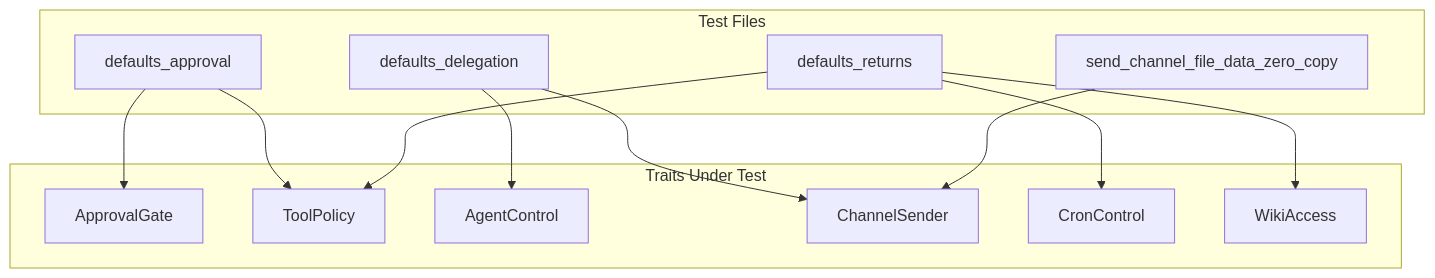
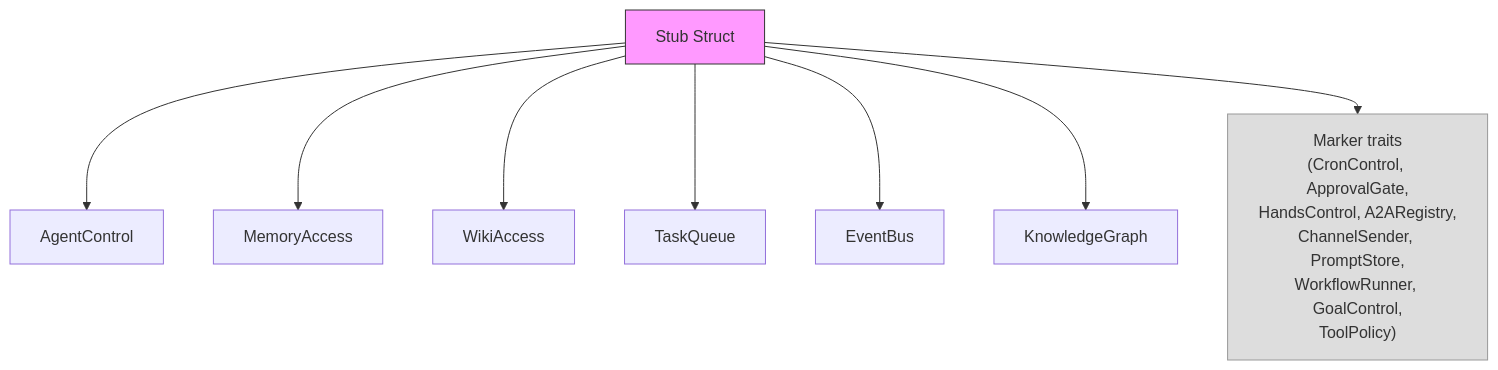
The diagram in other-librefang-kernel-handle-tests.md (leszek3737/librefang-WIki), drawn with Mermaid before and after one commit. The commit also changed other lines of this file and 126 other files, not shown here.

````diff
--- a/other-librefang-kernel-handle-tests.md
+++ b/other-librefang-kernel-handle-tests.md
@@ -13,27 +90,13 @@
 ```mermaid
 graph TD
-    subgraph "Test Files"
-        DA[defaults_approval]
-        DD[defaults_delegation]
-        DR[defaults_returns]
-        ZC[send_channel_file_data_zero_copy]
-    end
+    A[Stub Struct] --> B[AgentControl]
+    A --> C[MemoryAccess]
+    A --> D[WikiAccess]
+    A --> E[TaskQueue]
+    A --> F[EventBus]
+    A --> G[KnowledgeGraph]
+    A --> H["Marker traits<br/>(CronControl, ApprovalGate,<br/>HandsControl, A2ARegistry,<br/>ChannelSender, PromptStore,<br/>WorkflowRunner, GoalControl,<br/>ToolPolicy)"]
 
-    subgraph "Traits Under Test"
-        AG[ApprovalGate]
-        TP[ToolPolicy]
-        AC[AgentControl]
-        CS[ChannelSender]
-        CC[CronControl]
-        WA[WikiAccess]
-    end
-
-    DA --> AG
-    DA --> TP
-    DD --> AC
-    DD --> CS
-    DR --> TP
-    DR --> CC
-    DR --> WA
-    ZC --> CS
+    style A fill:#f9f,stroke:#333
+    style H fill:#ddd,stroke:#999
 ```
````
